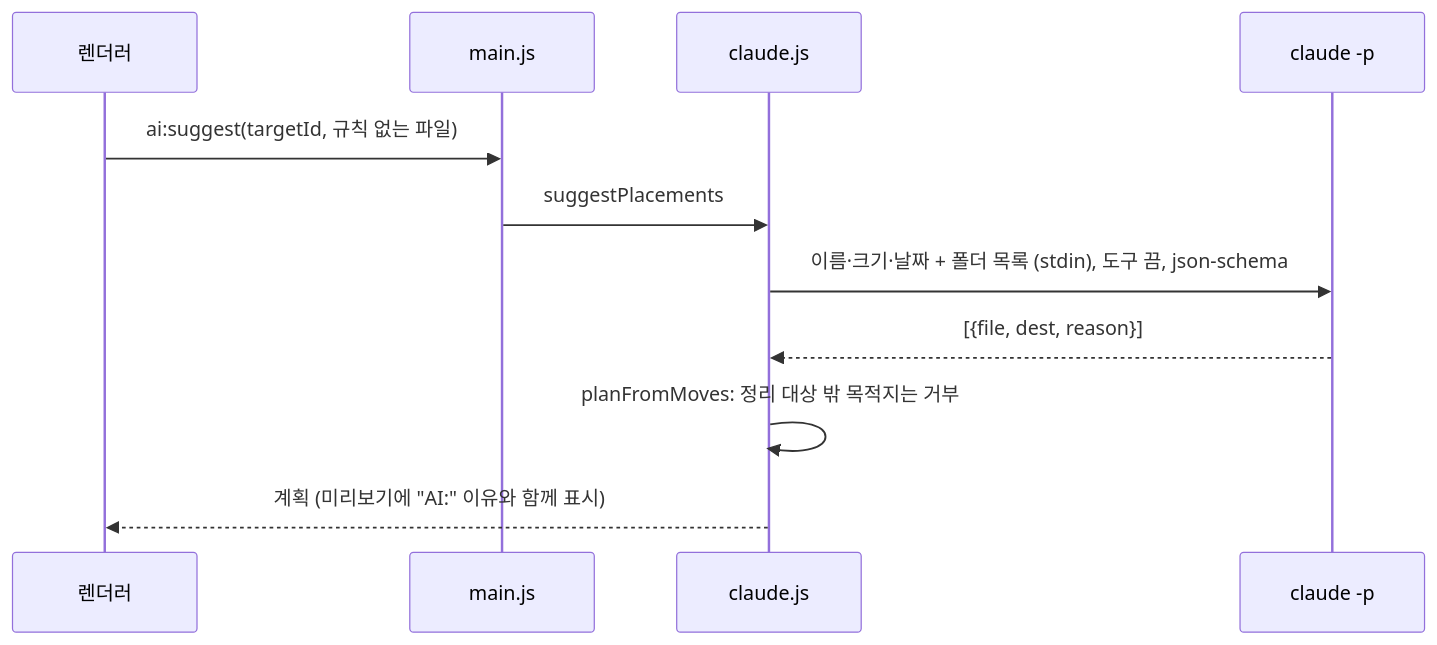
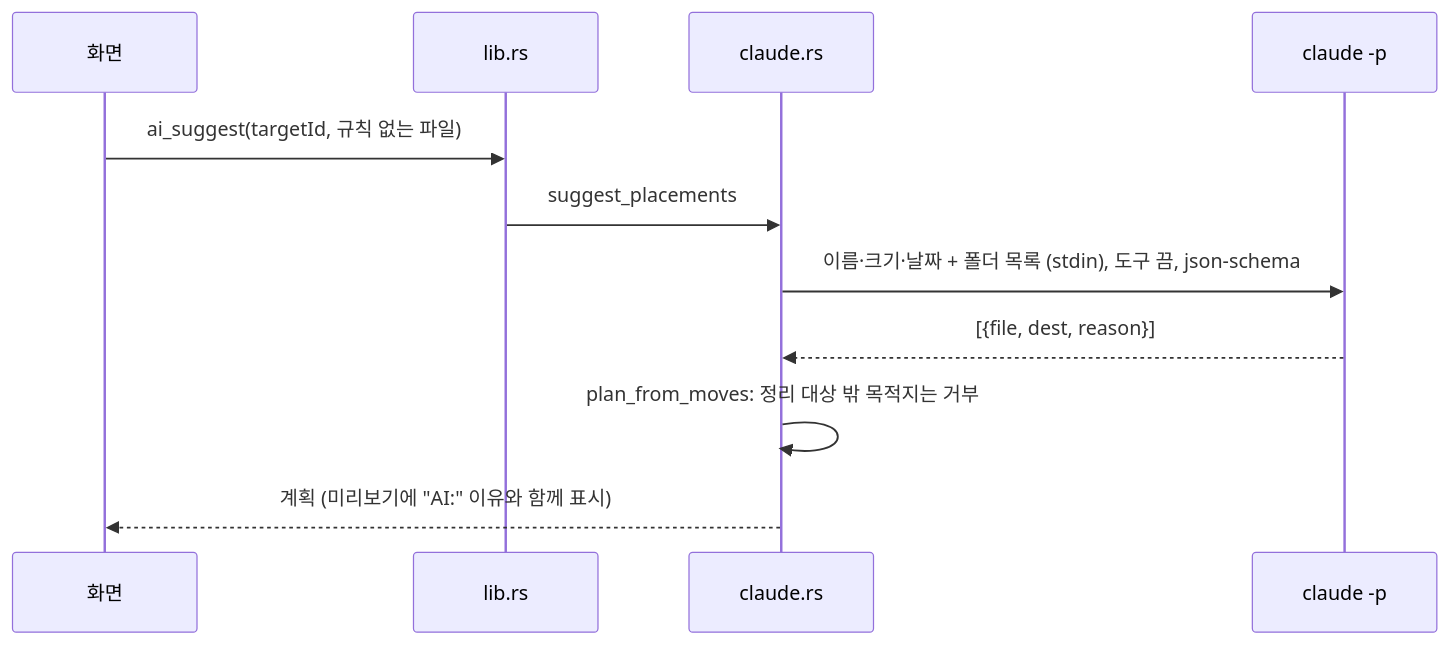
Before and after one commit to ESeungJun/smash: the fourth of 4 diagrams in docs/구현도.md, drawn with Mermaid. The commit also changed other lines of this file and 13 other files, not shown here.

````diff
--- a/docs/구현도.md
+++ b/docs/구현도.md
@@ -94,13 +103,13 @@
 ```mermaid
 sequenceDiagram
-  participant R as 렌더러
-  participant M as main.js
-  participant C as claude.js
+  participant R as 화면
+  participant M as lib.rs
+  participant C as claude.rs
   participant CLI as claude -p
-  R->>M: ai:suggest(targetId, 규칙 없는 파일)
-  M->>C: suggestPlacements
+  R->>M: ai_suggest(targetId, 규칙 없는 파일)
+  M->>C: suggest_placements
   C->>CLI: 이름·크기·날짜 + 폴더 목록 (stdin), 도구 끔, json-schema
   CLI-->>C: [{file, dest, reason}]
-  C->>C: planFromMoves: 정리 대상 밖 목적지는 거부
+  C->>C: plan_from_moves: 정리 대상 밖 목적지는 거부
   C-->>R: 계획 (미리보기에 "AI:" 이유와 함께 표시)
 ```
````
